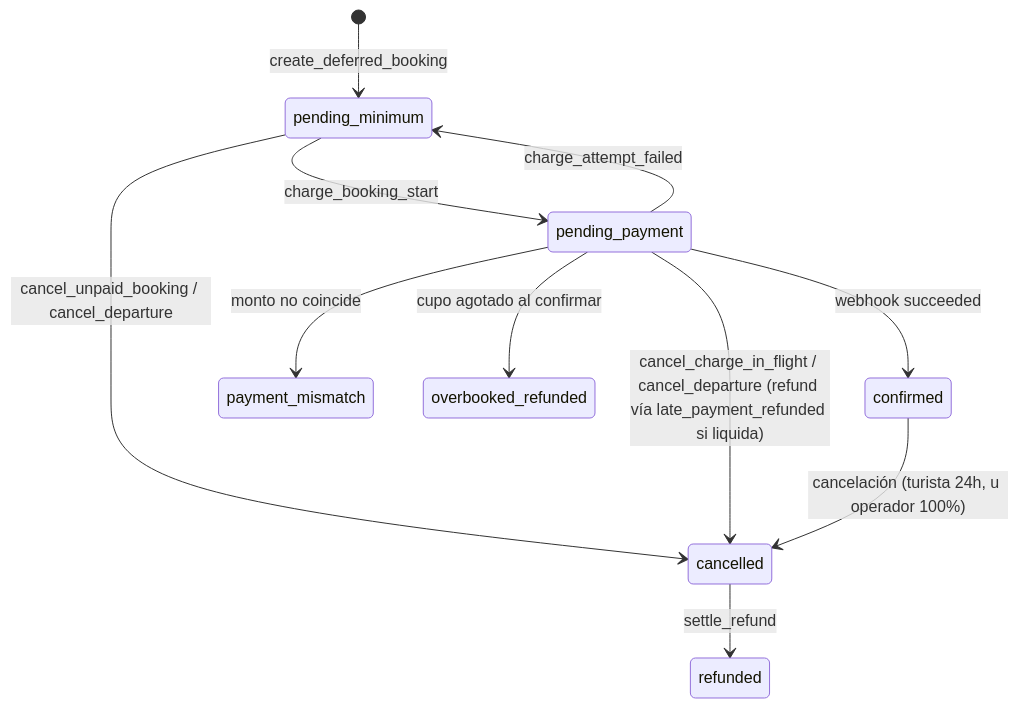
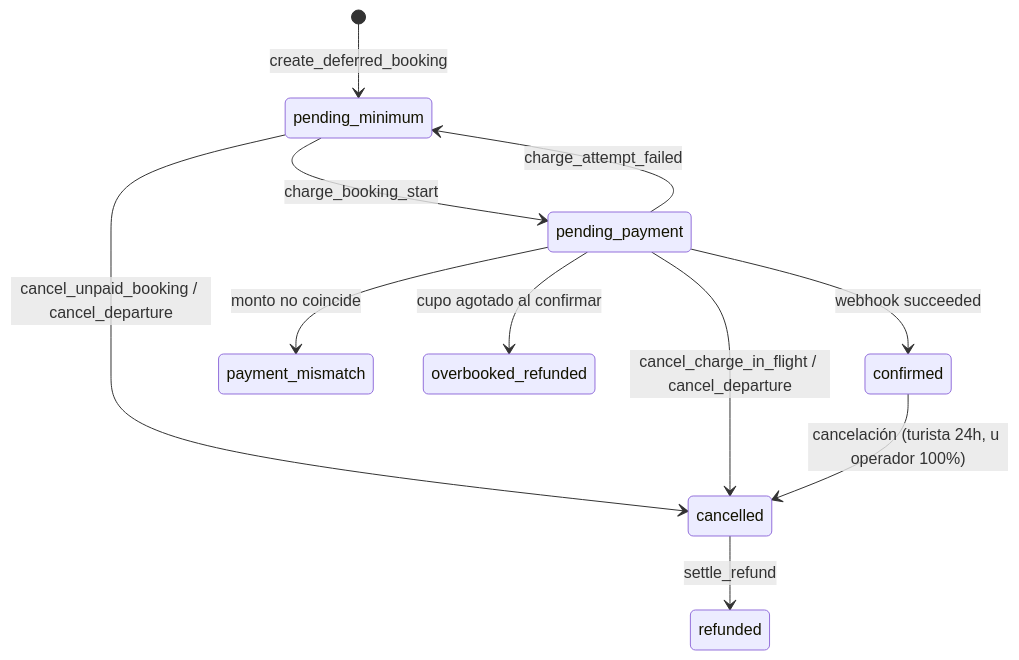
One commit to KthArg/boka-reservations changed the second of 2 diagrams in docs/specs/0029-cupo-minimo-y-cobro-diferido.md. Above: the diagram before and after it, drawn with Mermaid. The commit also changed other lines of this file, not shown here.

````diff
--- a/docs/specs/0029-cupo-minimo-y-cobro-diferido.md
+++ b/docs/specs/0029-cupo-minimo-y-cobro-diferido.md
@@ -334,13 +334,13 @@
 ```mermaid
 stateDiagram-v2
     [*] --> pending_minimum: create_deferred_booking
     pending_minimum --> pending_payment: charge_booking_start
     pending_payment --> confirmed: webhook succeeded
     pending_payment --> pending_minimum: charge_attempt_failed
     pending_minimum --> cancelled: cancel_unpaid_booking / cancel_departure
-    pending_payment --> cancelled: cancel_charge_in_flight / cancel_departure (refund vía late_payment_refunded si liquida)
+    pending_payment --> cancelled: cancel_charge_in_flight / cancel_departure
     pending_payment --> payment_mismatch: monto no coincide
     pending_payment --> overbooked_refunded: cupo agotado al confirmar
     confirmed --> cancelled: cancelación (turista 24h, u operador 100%)
     cancelled --> refunded: settle_refund
 ```
````
